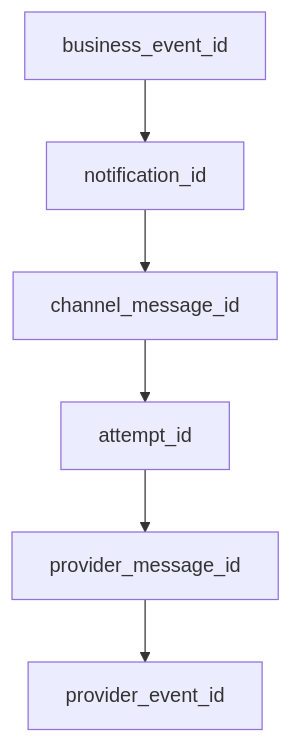
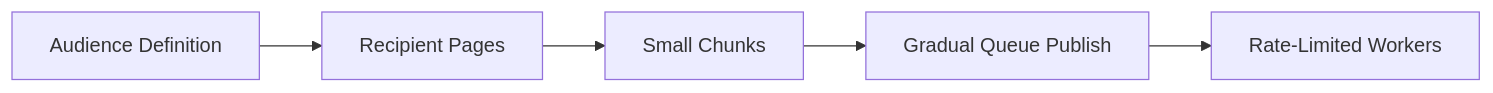
The eighth of 10 diagrams in src/content/system-design/notification-system.md (AvadhBhalodiya/Interview-Preparation), drawn with Mermaid before and after one commit. The commit also changed other lines of this file and 54 other files, not shown here.

````diff
--- a/src/content/system-design/notification-system.md
+++ b/src/content/system-design/notification-system.md
@@ -1305,8 +805,8 @@
 ```mermaid
-flowchart TD
-    BIZ[business_event_id] --> NOTIF[notification_id]
-    NOTIF --> CHAN[channel_message_id]
-    CHAN --> ATTEMPT[attempt_id]
-    ATTEMPT --> PMSG[provider_message_id]
-    PMSG --> PEVT[provider_event_id]
+flowchart LR
+    A[Audience Definition]
+        --> B[Recipient Pages]
+        --> C[Small Chunks]
+        --> D[Gradual Queue Publish]
+        --> E[Rate-Limited Workers]
 ```
````
